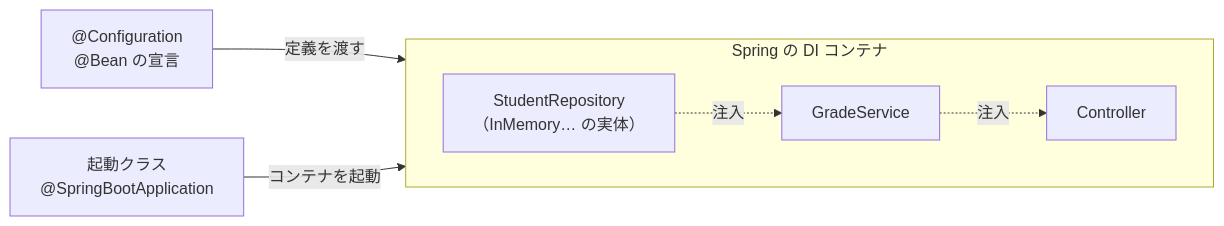
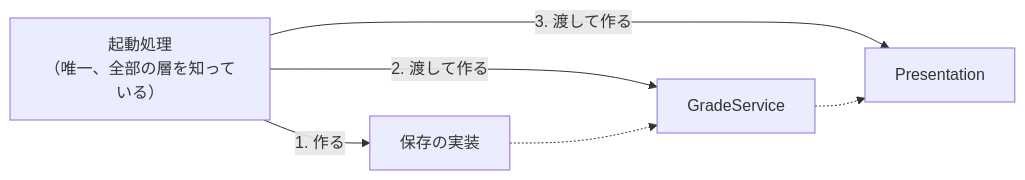
One commit to YTS0418/PRMN_SYSTEM_Lecture changed the sixth of 6 diagrams in 4層アーキテクチャ/03_依存の向きとインタフェース.md. Above: the diagram before and after it, drawn with Mermaid. The commit also changed other lines of this file, not shown here.

````diff
--- a/4層アーキテクチャ/03_依存の向きとインタフェース.md
+++ b/4層アーキテクチャ/03_依存の向きとインタフェース.md
@@ -222,10 +194,8 @@
 ```mermaid
 flowchart LR
-    subgraph C["Spring の DI コンテナ"]
-        direction LR
-        repo["StudentRepository<br>（InMemory… の実体）"] -.->|注入| svc["GradeService"]
-        svc -.->|注入| ctl["Controller"]
-    end
-    cfg["@Configuration<br>@Bean の宣言"] -->|定義を渡す| C
-    app["起動クラス<br>@SpringBootApplication"] -->|コンテナを起動| C
+    boot["起動処理<br>（唯一、全部の層を知っている）"]
+    boot -->|1. 作る| repo["保存の実装"]
+    boot -->|2. 渡して作る| svc["GradeService"]
+    boot -->|3. 渡して作る| ui["Presentation"]
+    repo -.-> svc -.-> ui
 ```
````
